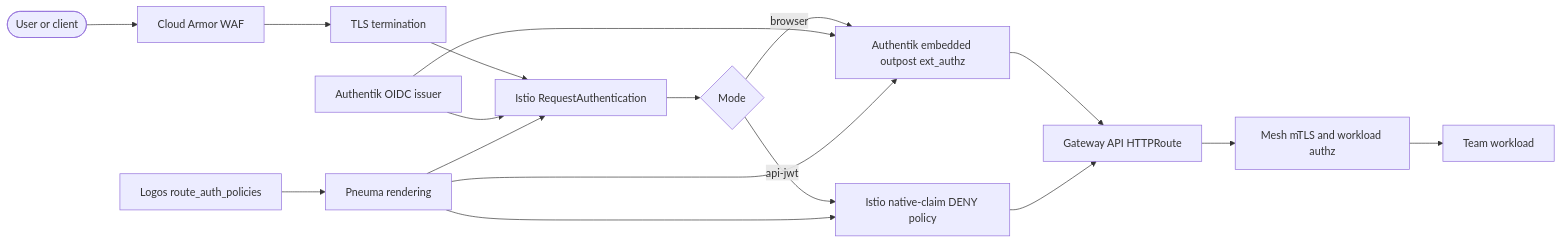
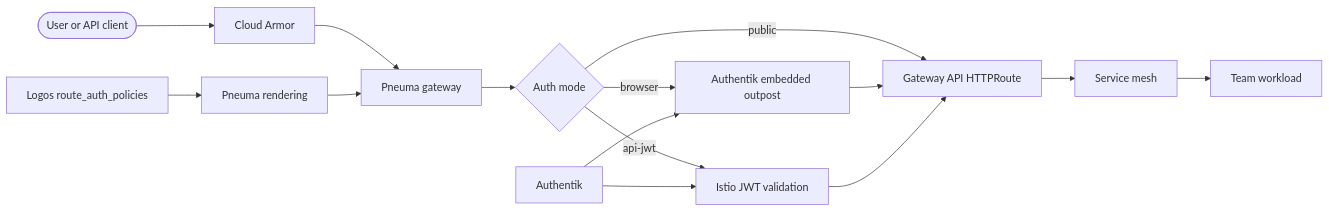
Before and after one commit to osinfra-io/pt-ekklesia-docs: the diagram in docs/platform-grouping/pneuma/gateway-auth.md, drawn with Mermaid. The commit also changed other lines of this file, not shown here.

Commit message:
Refine gateway authentication documentation

````diff
--- a/docs/platform-grouping/pneuma/gateway-auth.md
+++ b/docs/platform-grouping/pneuma/gateway-auth.md
@@ -21,20 +21,18 @@
 ```mermaid
 flowchart LR
-    User([User or client]) --> Armor[Cloud Armor WAF]
-    Armor --> TLS[TLS termination]
-    TLS --> RequestAuth[Istio RequestAuthentication]
-    RequestAuth --> Decision{Mode}
-    Decision -->|browser| ExtAuthz[Authentik embedded outpost ext_authz]
-    Decision -->|api-jwt| Deny[Istio native-claim DENY policy]
-    ExtAuthz --> Route[Gateway API HTTPRoute]
-    Deny --> Route
-    Route --> Mesh[Mesh mTLS and workload authz]
-    Mesh --> App[Team workload]
+    Client([User or API client]) --> Armor[Cloud Armor]
+    Armor --> Gateway[Pneuma gateway]
+    Gateway --> Mode{Auth mode}
+    Mode -->|browser| Outpost[Authentik embedded outpost]
+    Mode -->|api-jwt| JWT[Istio JWT validation]
+    Mode -->|public| Route[Gateway API HTTPRoute]
+    Outpost --> Route
+    JWT --> Route
+    Route --> Mesh[Service mesh]
+    Mesh --> Workload[Team workload]
 
-    Authentik[Authentik OIDC issuer] --> RequestAuth
-    Authentik --> ExtAuthz
     Logos[Logos route_auth_policies] --> Pneuma[Pneuma rendering]
-    Pneuma --> RequestAuth
-    Pneuma --> ExtAuthz
-    Pneuma --> Deny
+    Pneuma --> Gateway
+    Authentik[Authentik] --> Outpost
+    Authentik --> JWT
 ```
````
